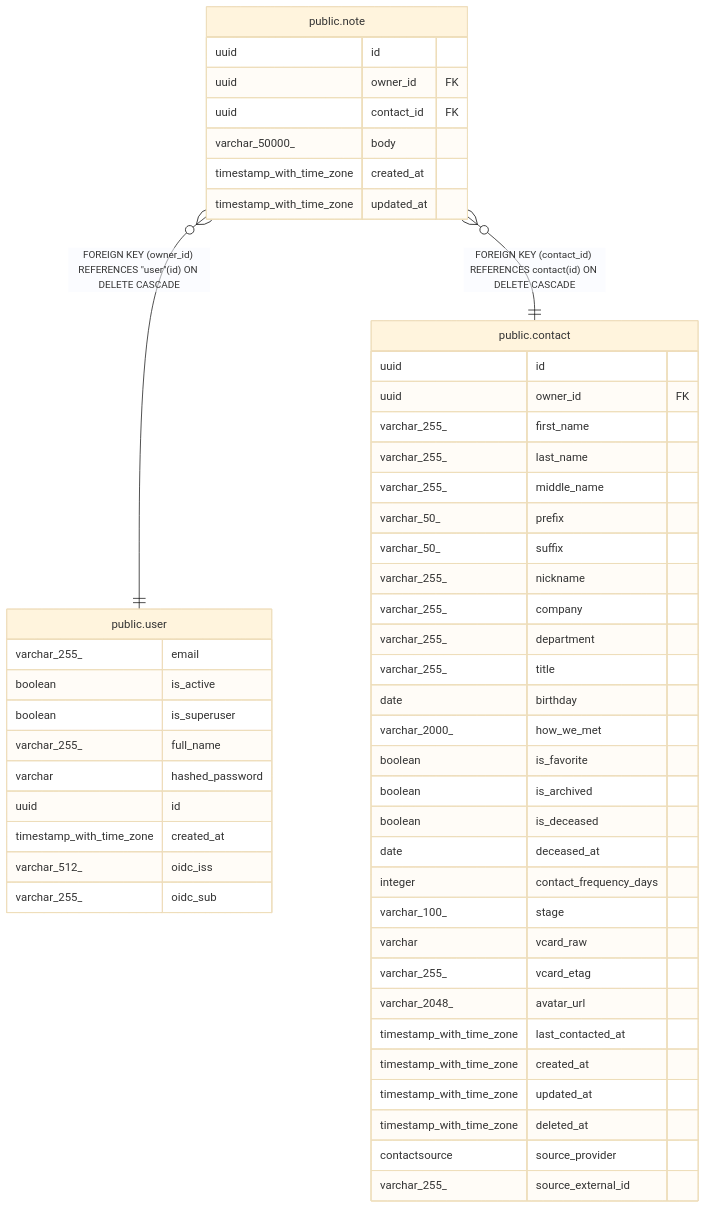
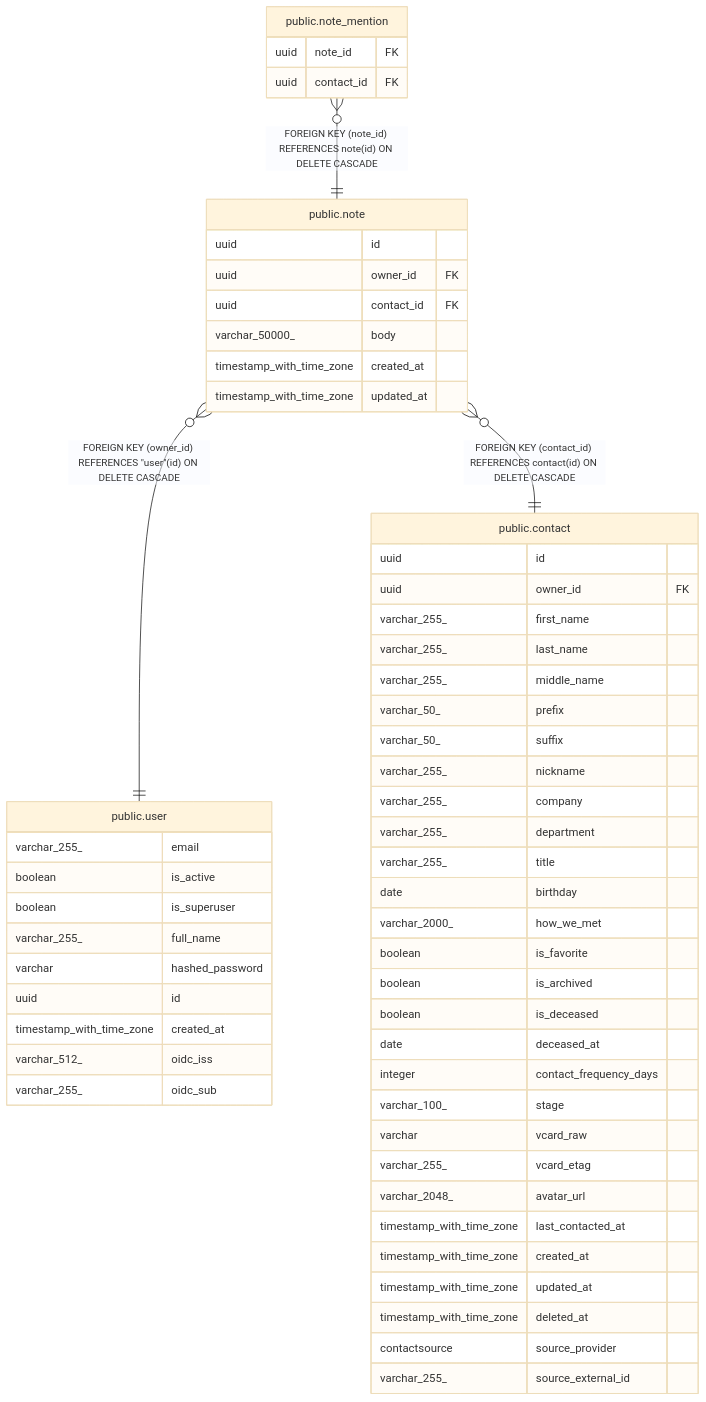
One commit to pike00/Kindred changed the diagram in docs/db/public.note.md. Above: the diagram before and after it, drawn with Mermaid (base theme). The commit also changed other lines of this file and 5 other files, not shown here.

````diff
--- a/docs/db/public.note.md
+++ b/docs/db/public.note.md
@@ -43,56 +43,61 @@
 ```mermaid
 erDiagram
 
+"public.note_mention" }o--|| "public.note" : "FOREIGN KEY (note_id) REFERENCES note(id) ON DELETE CASCADE"
 "public.note" }o--|| "public.user" : "FOREIGN KEY (owner_id) REFERENCES #quot;user#quot;(id) ON DELETE CASCADE"
 "public.note" }o--|| "public.contact" : "FOREIGN KEY (contact_id) REFERENCES contact(id) ON DELETE CASCADE"
 
 "public.note" {
   uuid id
   uuid owner_id FK
   uuid contact_id FK
   varchar_50000_ body
   timestamp_with_time_zone created_at
   timestamp_with_time_zone updated_at
+}
+"public.note_mention" {
+  uuid note_id FK
+  uuid contact_id FK
 }
 "public.user" {
   varchar_255_ email
   boolean is_active
   boolean is_superuser
   varchar_255_ full_name
   varchar hashed_password
   uuid id
   timestamp_with_time_zone created_at
   varchar_512_ oidc_iss
   varchar_255_ oidc_sub
 }
 "public.contact" {
   uuid id
   uuid owner_id FK
   varchar_255_ first_name
   varchar_255_ last_name
   varchar_255_ middle_name
   varchar_50_ prefix
   varchar_50_ suffix
   varchar_255_ nickname
   varchar_255_ company
   varchar_255_ department
   varchar_255_ title
   date birthday
   varchar_2000_ how_we_met
   boolean is_favorite
   boolean is_archived
   boolean is_deceased
   date deceased_at
   integer contact_frequency_days
   varchar_100_ stage
   varchar vcard_raw
   varchar_255_ vcard_etag
   varchar_2048_ avatar_url
   timestamp_with_time_zone last_contacted_at
   timestamp_with_time_zone created_at
   timestamp_with_time_zone updated_at
   timestamp_with_time_zone deleted_at
   contactsource source_provider
   varchar_255_ source_external_id
 }
 ```
````
